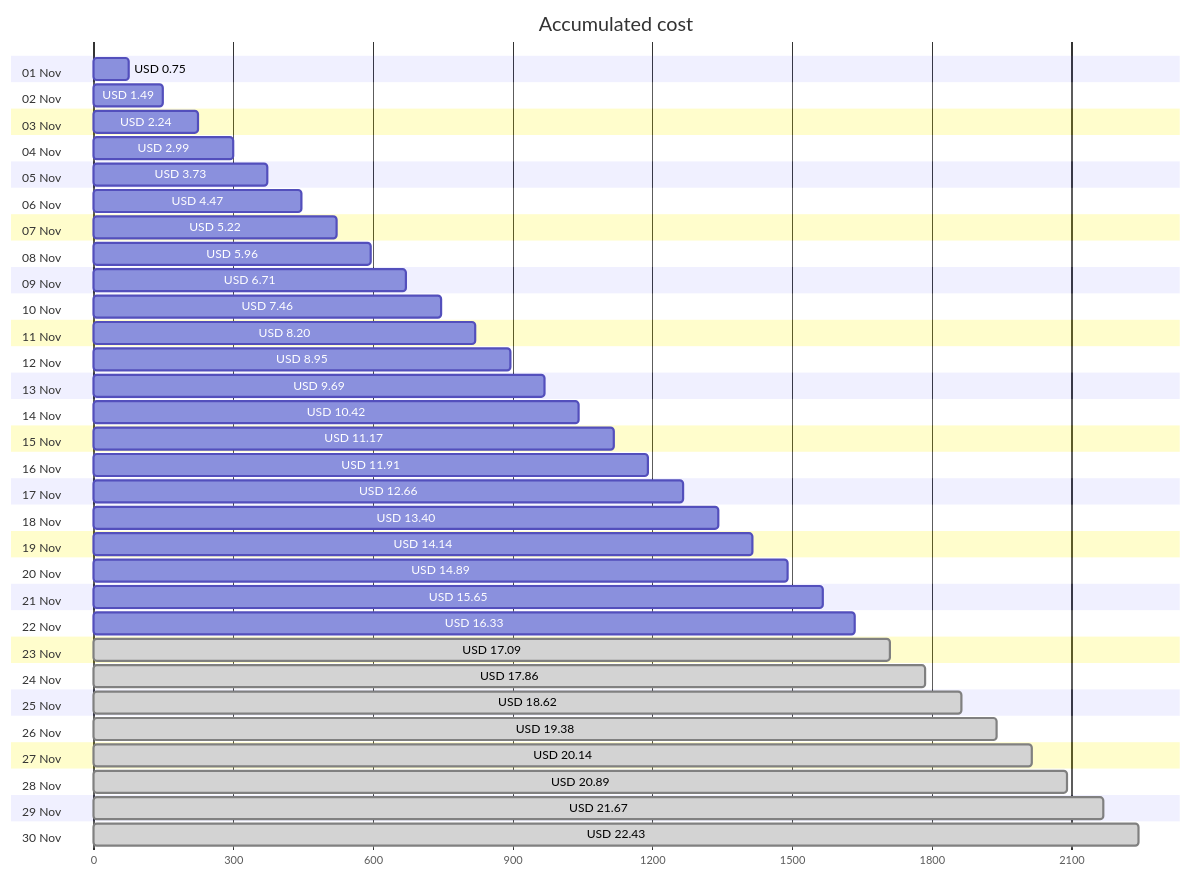
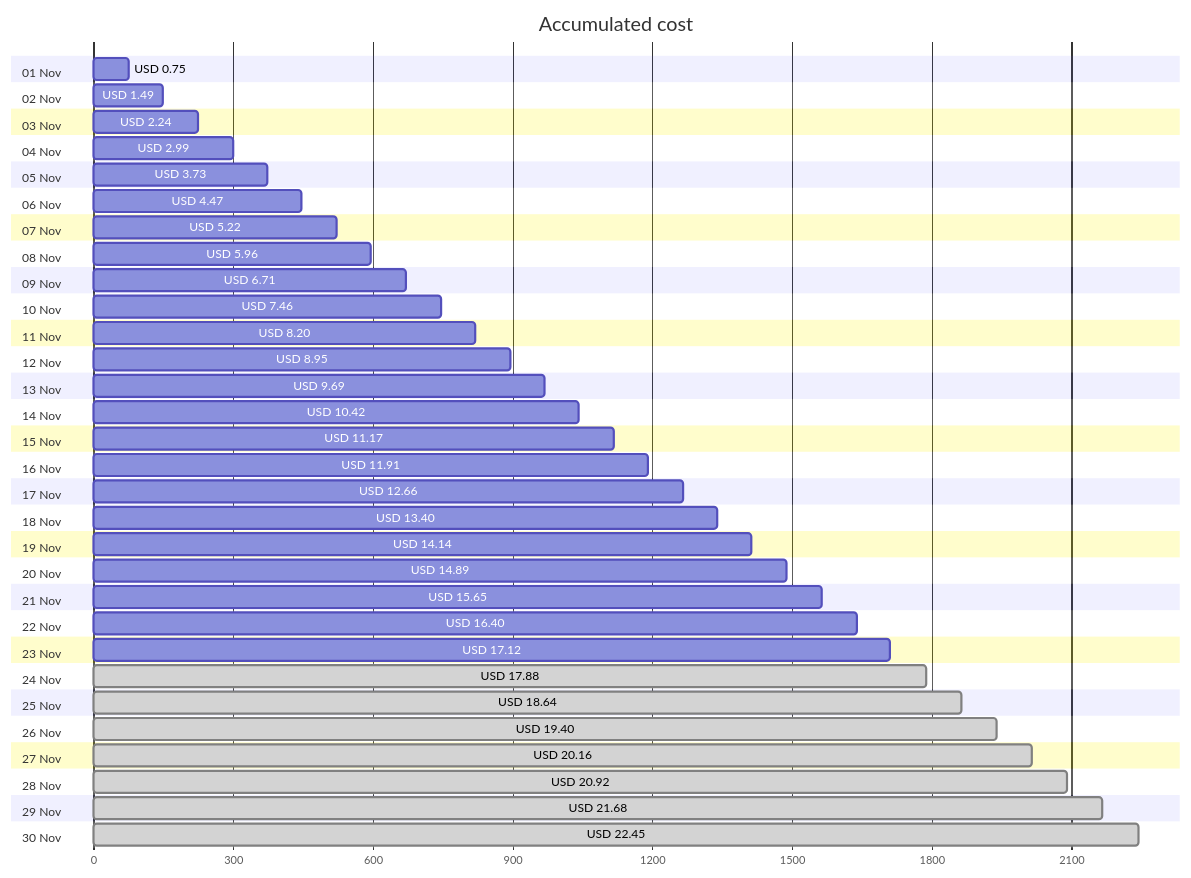
The first of 4 diagrams in cost-reports/personal-network/backup-server-data-disk.md (jpfulton/azure-personal-reports), drawn with Mermaid before and after one commit. The commit also changed other lines of this file and 8 other files, not shown here.

````diff
--- a/cost-reports/personal-network/backup-server-data-disk.md
+++ b/cost-reports/personal-network/backup-server-data-disk.md
@@ -20,66 +20,66 @@
 ```mermaid
 gantt
    title Accumulated cost
    dateFormat  X
    axisFormat %s
    section 01 Nov
    USD 0.75 :0, 75
    section 02 Nov
    USD 1.49 :0, 149
    section 03 Nov
    USD 2.24 :0, 224
    section 04 Nov
    USD 2.99 :0, 299
    section 05 Nov
    USD 3.73 :0, 373
    section 06 Nov
    USD 4.47 :0, 447
    section 07 Nov
    USD 5.22 :0, 522
    section 08 Nov
    USD 5.96 :0, 596
    section 09 Nov
    USD 6.71 :0, 671
    section 10 Nov
    USD 7.46 :0, 746
    section 11 Nov
    USD 8.20 :0, 820
    section 12 Nov
    USD 8.95 :0, 895
    section 13 Nov
    USD 9.69 :0, 969
    section 14 Nov
    USD 10.42 :0, 1042
    section 15 Nov
    USD 11.17 :0, 1117
    section 16 Nov
    USD 11.91 :0, 1191
    section 17 Nov
    USD 12.66 :0, 1266
    section 18 Nov
    USD 13.40 :0, 1340
    section 19 Nov
    USD 14.14 :0, 1414
    section 20 Nov
    USD 14.89 :0, 1489
    section 21 Nov
    USD 15.65 :0, 1565
    section 22 Nov
-   USD 16.33 :0, 1633
+   USD 16.40 :0, 1640
    section 23 Nov
-   USD 17.09 : done, 0, 1709
+   USD 17.12 :0, 1712
    section 24 Nov
-   USD 17.86 : done, 0, 1786
+   USD 17.88 : done, 0, 1788
    section 25 Nov
-   USD 18.62 : done, 0, 1862
+   USD 18.64 : done, 0, 1864
    section 26 Nov
-   USD 19.38 : done, 0, 1938
+   USD 19.40 : done, 0, 1940
    section 27 Nov
-   USD 20.14 : done, 0, 2014
+   USD 20.16 : done, 0, 2016
    section 28 Nov
-   USD 20.89 : done, 0, 2089
+   USD 20.92 : done, 0, 2092
    section 29 Nov
-   USD 21.67 : done, 0, 2167
+   USD 21.68 : done, 0, 2168
    section 30 Nov
-   USD 22.43 : done, 0, 2243
+   USD 22.45 : done, 0, 2245
 ```
````
